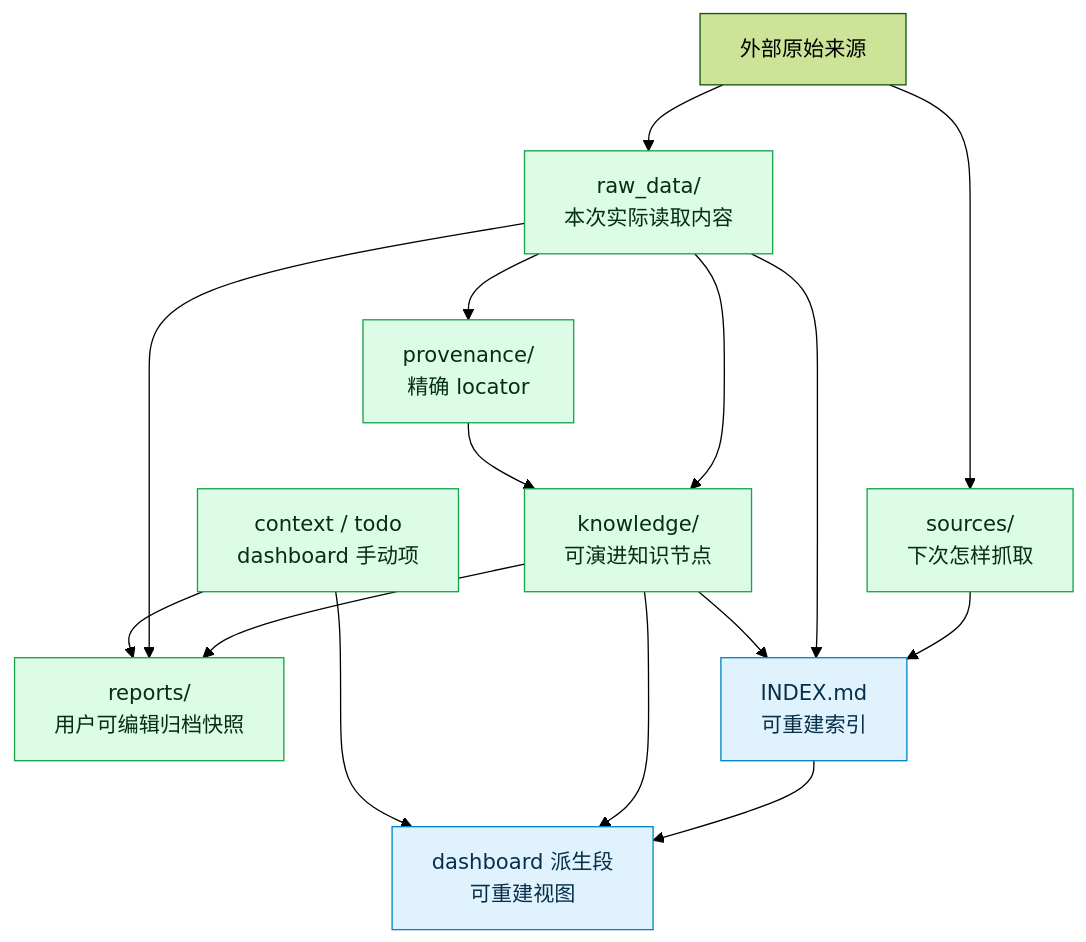
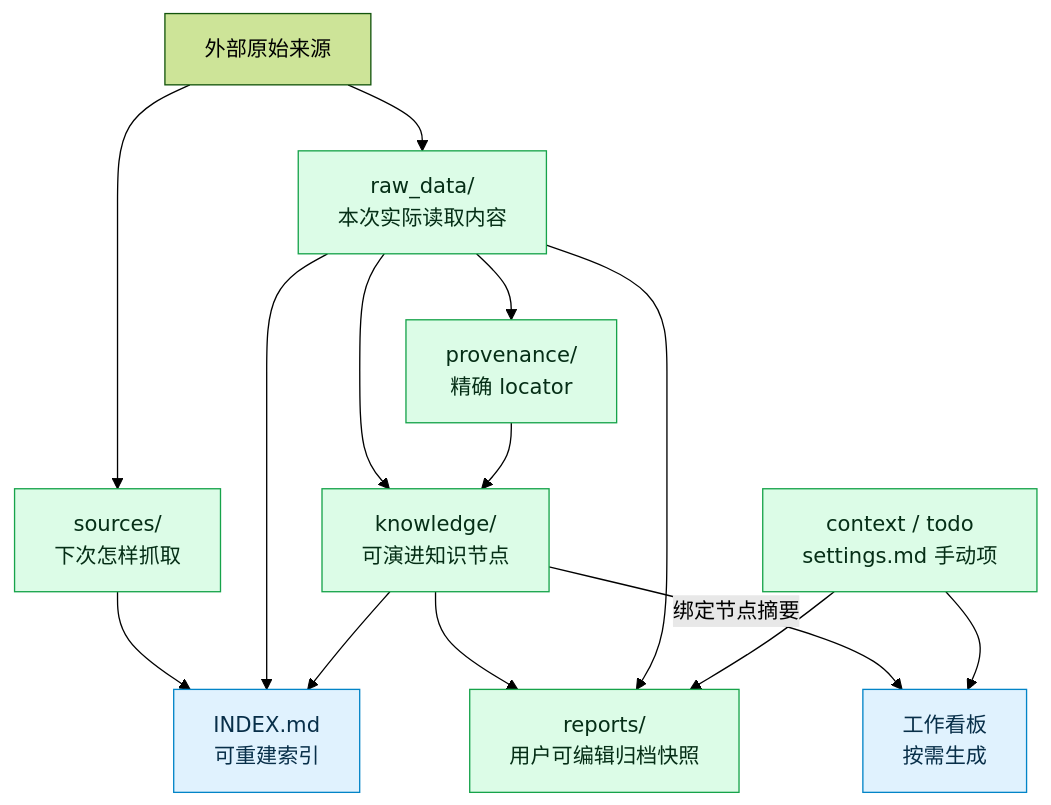
One commit to ranjiao/byteworker changed the tenth of 19 diagrams in docs/development/ARCHITECTURE.md. Above: the diagram before and after it, drawn with Mermaid (forest theme). The commit also changed other lines of this file and 52 other files, not shown here.

````diff
--- a/docs/development/ARCHITECTURE.md
+++ b/docs/development/ARCHITECTURE.md
@@ -536,32 +539,31 @@
 ```mermaid
 flowchart TD
     EXT["外部原始来源"]
     PROF["sources/<br/>下次怎样抓取"]
     RAW["raw_data/<br/>本次实际读取内容"]
     PROV["provenance/<br/>精确 locator"]
     NODE["knowledge/<br/>可演进知识节点"]
-    USER["context / todo<br/>dashboard 手动项"]
+    USER["context / todo<br/>settings.md 手动项"]
     REPORT["reports/<br/>用户可编辑归档快照"]
     INDEX["INDEX.md<br/>可重建索引"]
-    DASH["dashboard 派生段<br/>可重建视图"]
+    DASH["工作看板<br/>按需生成"]
 
     EXT --> PROF
     EXT --> RAW
     RAW --> PROV
     RAW --> NODE
     PROV --> NODE
     NODE --> REPORT
     RAW --> REPORT
     USER --> REPORT
     PROF --> INDEX
     RAW --> INDEX
     NODE --> INDEX
-    INDEX --> DASH
-    NODE --> DASH
+    NODE -->|绑定节点摘要| DASH
     USER --> DASH
 
     classDef truth fill:#dcfce7,stroke:#16a34a,color:#052e16
     classDef derived fill:#e0f2fe,stroke:#0284c7,color:#082f49
     class PROF,RAW,PROV,NODE,USER,REPORT truth
     class INDEX,DASH derived
 ```
````
